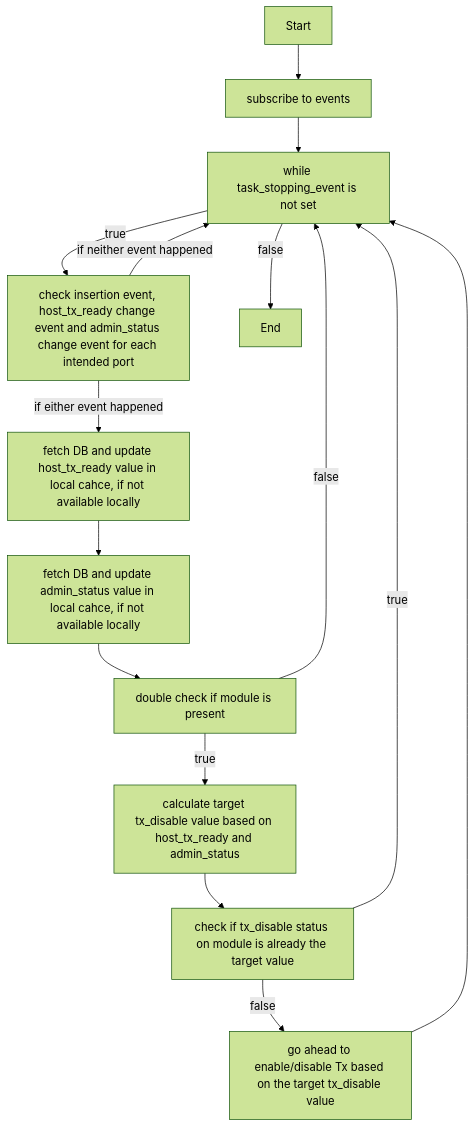
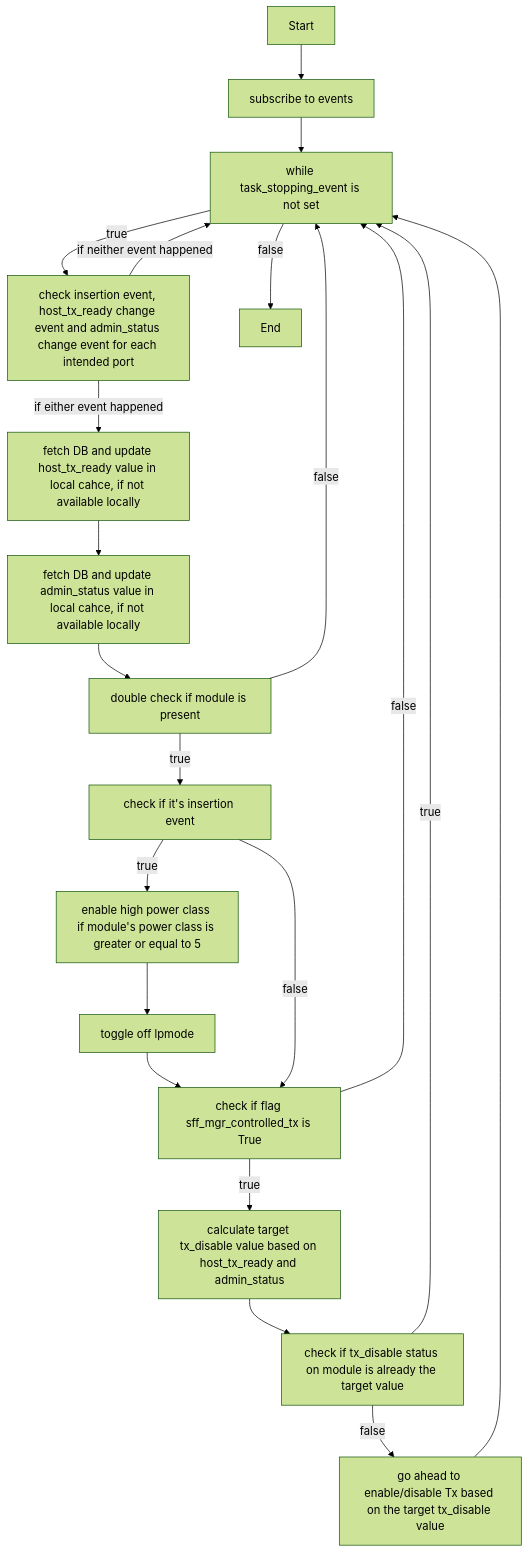
Before and after one commit to sonic-net/SONiC: the third of 3 diagrams in doc/xrcvd/Interface-Link-bring-up-sequence-on-sff-modules.md, drawn with Mermaid (forest theme). The commit also changed other lines of this file, not shown here.

Commit message:
Update sff_mgr to include high power class enabling and lpmode toggle

````diff
--- a/doc/xrcvd/Interface-Link-bring-up-sequence-on-sff-modules.md
+++ b/doc/xrcvd/Interface-Link-bring-up-sequence-on-sff-modules.md
@@ -152,27 +139,33 @@
   ```mermaid
   graph TD;
   A[subscribe to events]
   B[while task_stopping_event is not set]
   C[check insertion event, host_tx_ready change event and admin_status change event for each intended port]
   D[double check if module is present]
   E[fetch DB and update host_tx_ready value in local cahce, if not available locally]
   E2[fetch DB and update admin_status value in local cahce, if not available locally]
   F[calculate target tx_disable value based on host_tx_ready and admin_status]
   G[check if tx_disable status on module is already the target value]
   H[go ahead to enable/disable Tx based on the target tx_disable value]
+  I[enable high power class if module's power class is greater or equal to 5]
+  J[toggle off lpmode]
+  K[check if it's insertion event]
+  L[check if flag sff_mgr_controlled_tx is True]
 
   Start --> A
   A --> B
   B -- true --> C
   C -- if either event happened --> E
   C -- if neither event happened --> B
   E --> E2
   E2 --> D
-  D -- true --> F
+  D -- true --> K -- true --> I --> J --> L
   D -- false --> B
-  F --> G
+  K -- false --> L
+  L -- true --> F --> G
+  L -- false --> B
   G -- true --> B
   G -- false --> H
   H --> B
   B -- false --> End
   ```
````
